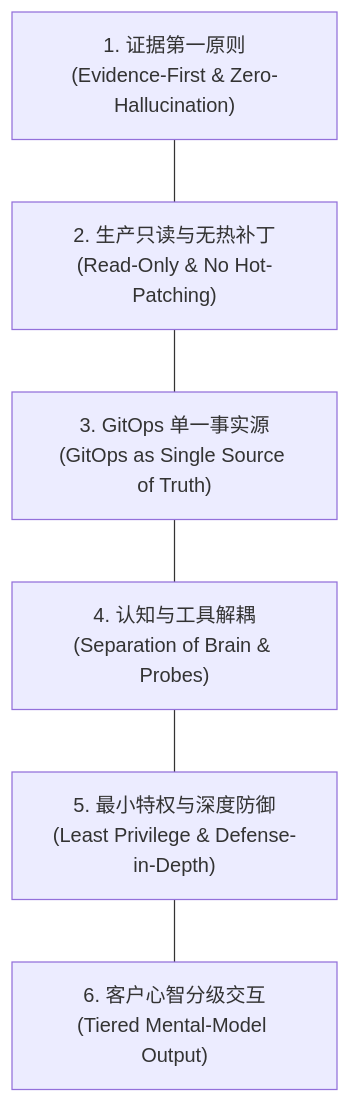
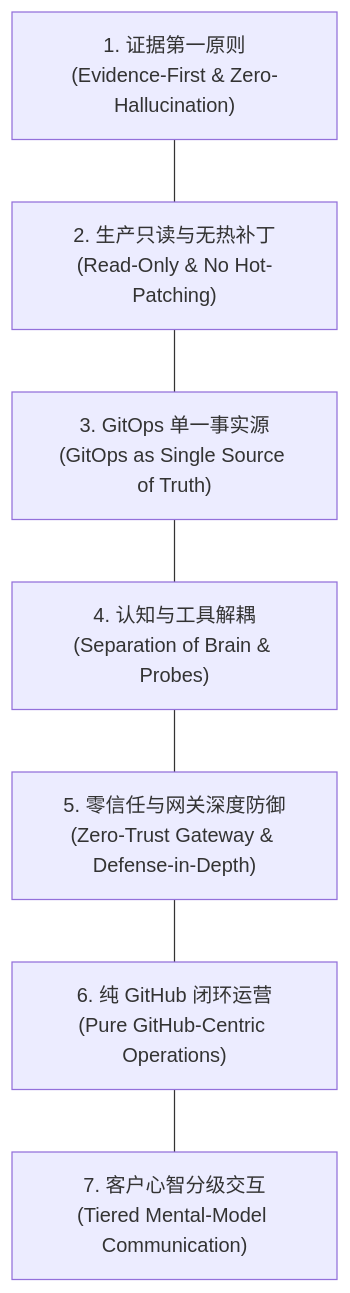
One commit to SDB-DevOps/KagentGuardian changed the first of 3 diagrams in docs/design/02-OPERATIONS_GUARDIAN_HIGH_LEVEL_DESIGN.md. Above: the diagram before and after it, drawn with Mermaid. The commit also changed other lines of this file and 2 other files, not shown here.

Commit message:
docs: update HLD and LLD to v2.0 incorporating AgentStage MCP Gateway, HITL governance, hybrid engine, and GitHub-centric operations

````diff
--- a/docs/design/02-OPERATIONS_GUARDIAN_HIGH_LEVEL_DESIGN.md
+++ b/docs/design/02-OPERATIONS_GUARDIAN_HIGH_LEVEL_DESIGN.md
@@ -14,8 +14,9 @@
 ```mermaid
 graph TD
     P1["1. 证据第一原则<br>(Evidence-First & Zero-Hallucination)"] --- P2["2. 生产只读与无热补丁<br>(Read-Only & No Hot-Patching)"]
     P2 --- P3["3. GitOps 单一事实源<br>(GitOps as Single Source of Truth)"]
     P3 --- P4["4. 认知与工具解耦<br>(Separation of Brain & Probes)"]
-    P4 --- P5["5. 最小特权与深度防御<br>(Least Privilege & Defense-in-Depth)"]
-    P5 --- P6["6. 客户心智分级交互<br>(Tiered Mental-Model Output)"]
+    P4 --- P5["5. 零信任与网关深度防御<br>(Zero-Trust Gateway & Defense-in-Depth)"]
+    P5 --- P6["6. 纯 GitHub 闭环运营<br>(Pure GitHub-Centric Operations)"]
+    P6 --- P7["7. 客户心智分级交互<br>(Tiered Mental-Model Communication)"]
 ```
````
